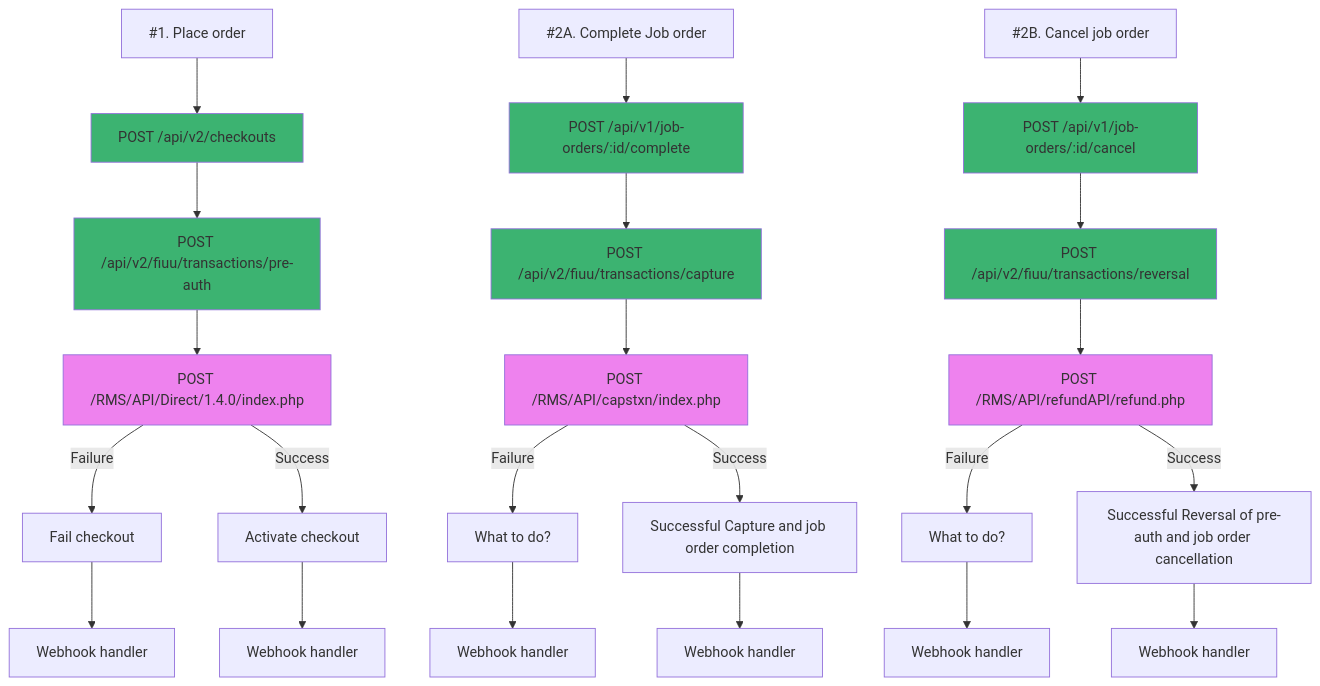
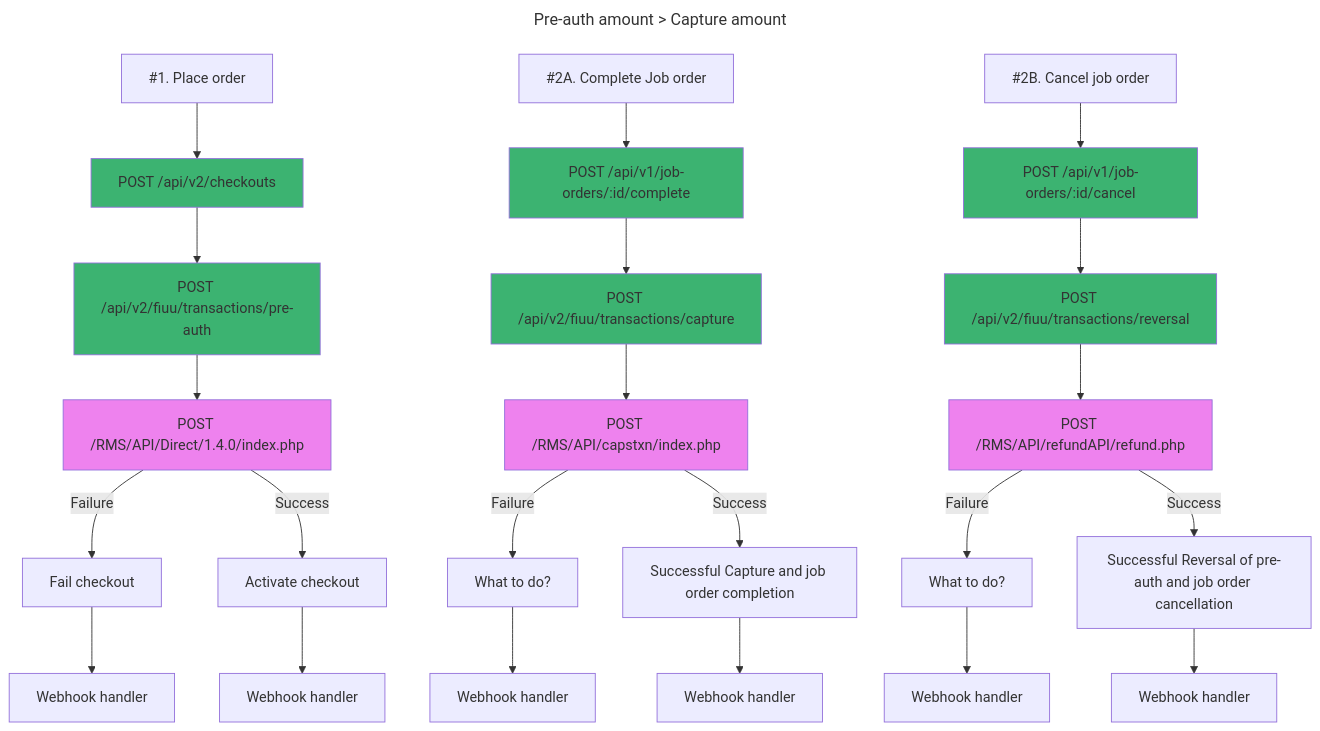
Before and after one commit to israelcoper/mermaid-diagram: the second of 3 diagrams in fiuu-preauth-capture-v1.md, drawn with Mermaid. The commit also changed other lines of this file, not shown here.

````diff
--- a/fiuu-preauth-capture-v1.md
+++ b/fiuu-preauth-capture-v1.md
@@ -45,41 +45,41 @@
 ```mermaid
 ---
-title:
+title: Pre-auth amount > Capture amount
 ---
 flowchart TB;
     style B1 fill:#3cb371
     style C1 fill:#3cb371
     style D1 fill:#ee82ee
 
     style B2 fill:#3cb371
     style C2 fill:#3cb371
     style D2 fill:#ee82ee
 
     style B3 fill:#3cb371
     style C3 fill:#3cb371
     style D3 fill:#ee82ee
 
     A1["#1. Place order"]-->B1[POST /api/v2/checkouts];
     B1-->C1[POST /api/v2/fiuu/transactions/pre-auth];
     C1-->D1[POST /RMS/API/Direct/1.4.0/index.php];
     D1--Failure-->D11[Fail checkout];
     D1--Success-->D12[Activate checkout];
     D11-->D111[Webhook handler];
     D12-->D121[Webhook handler];
 
     A2["#2A. Complete Job order"]-->B2[POST /api/v1/job-orders/:id/complete];
     B2-->C2[POST /api/v2/fiuu/transactions/capture];
     C2-->D2[POST /RMS/API/capstxn/index.php];
     D2--Failure-->E2[What to do?];
     D2--Success-->F2[Successful Capture and job order completion];
     E2-->E21[Webhook handler];
     F2-->F21[Webhook handler];
 
     A3["#2B. Cancel job order"]-->B3[POST /api/v1/job-orders/:id/cancel];
     B3-->C3[POST /api/v2/fiuu/transactions/reversal];
     C3-->D3[POST /RMS/API/refundAPI/refund.php];
     D3--Failure-->E3[What to do?];
     D3--Success-->F3[Successful Reversal of pre-auth and job order cancellation];
     E3-->E31[Webhook handler];
     F3-->F31[Webhook handler];
 ```
````
